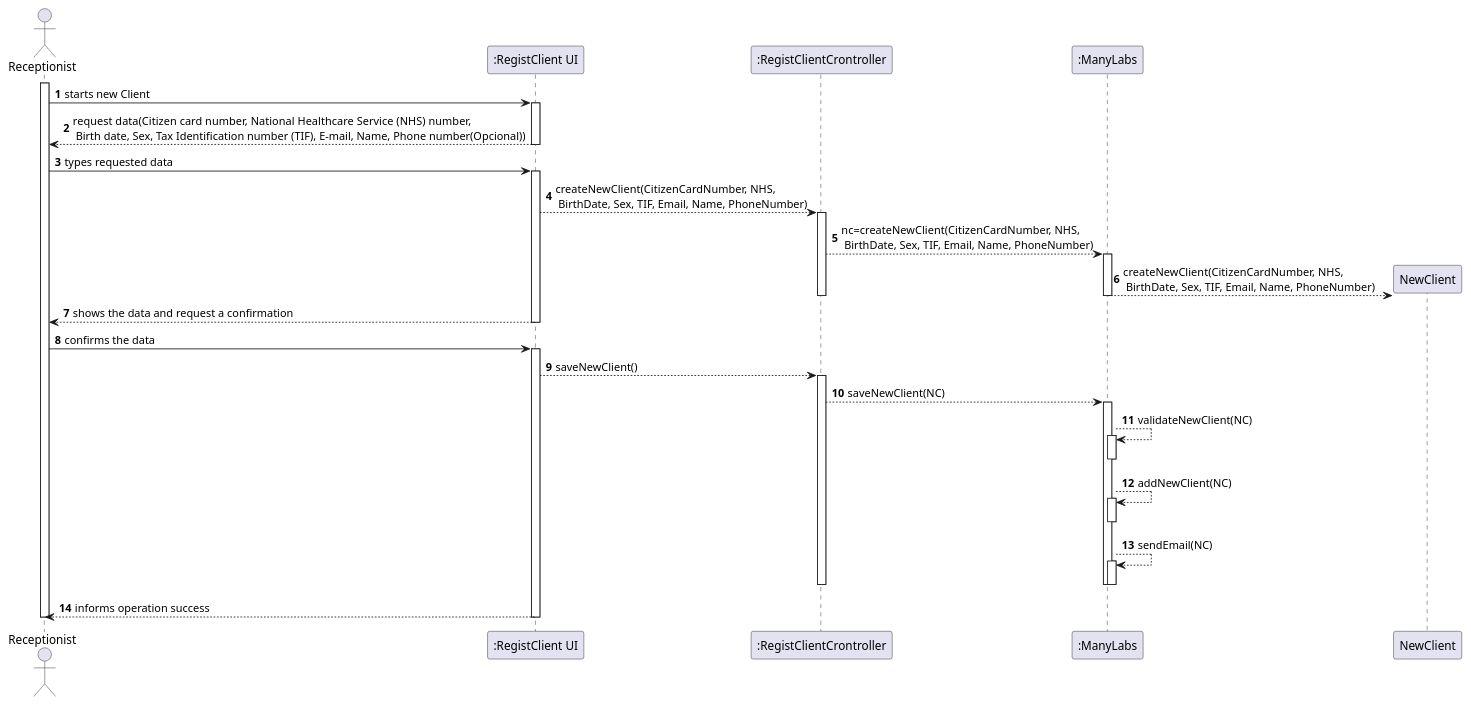
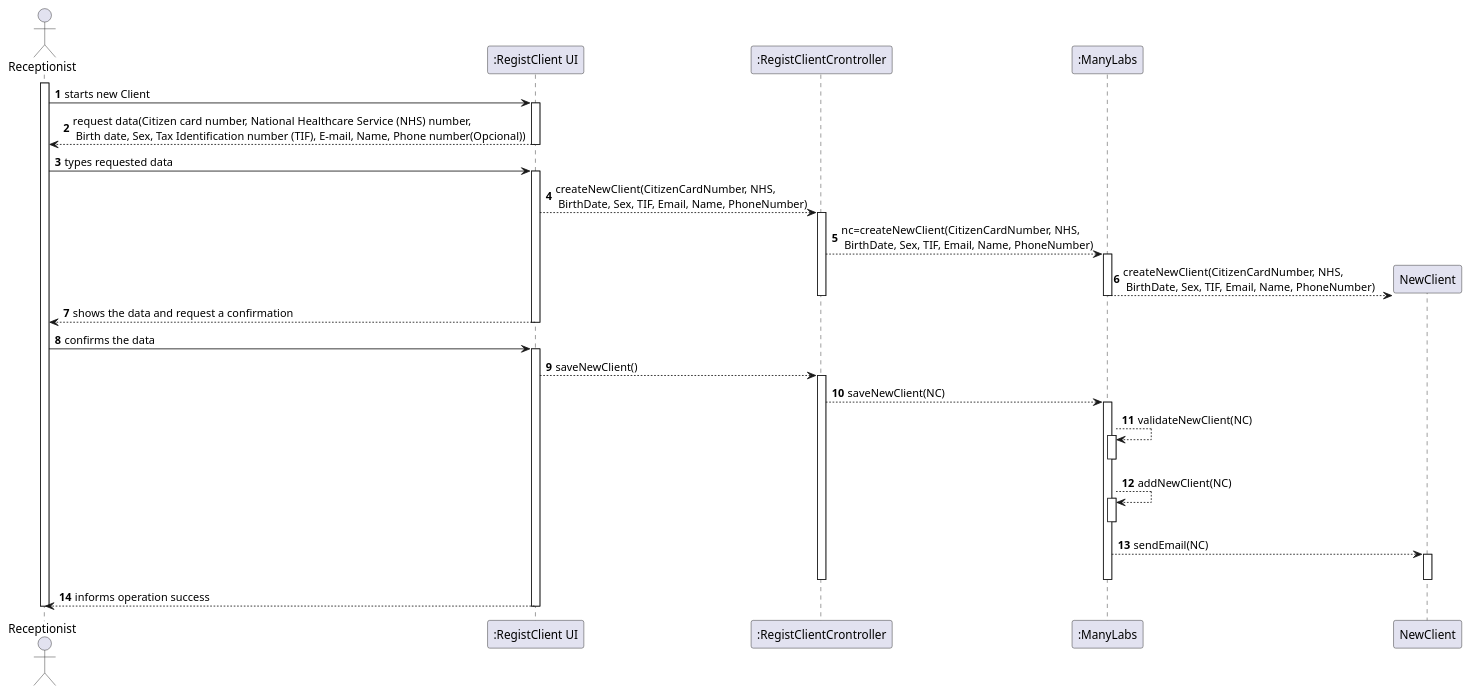
Before and after one commit to Pedromaia26/LAPR2-ISEP: the diagram in docs/SprintB/US3_RegisterClient/US003_SD.puml, drawn with PlantUML.

Commit message:
puml sd small edit

```diff
--- a/docs/SprintB/US3_RegisterClient/US003_SD.puml
+++ b/docs/SprintB/US3_RegisterClient/US003_SD.puml
@@ -1,53 +1,53 @@
 @startuml
 actor Receptionist as Adm
 participant ":RegistClient UI" as System
 participant ":RegistClientCrontroller" as RCC
 participant ":ManyLabs" as ML
 
 
 
 autonumber
 activate Adm
 Adm -> System: starts new Client
 activate System
 System --> Adm: request data(Citizen card number, National Healthcare Service (NHS) number,\n Birth date, Sex, Tax Identification number (TIF), E-mail, Name, Phone number(Opcional))
 deactivate System
 
 
 
 
 Adm -> System: types requested data
 activate System
 System-->RCC: createNewClient(CitizenCardNumber, NHS,\n BirthDate, Sex, TIF, Email, Name, PhoneNumber)
 activate RCC
 RCC-->ML: nc=createNewClient(CitizenCardNumber, NHS,\n BirthDate, Sex, TIF, Email, Name, PhoneNumber)
 activate ML
 create "NewClient" as NC
 ML-->NC: createNewClient(CitizenCardNumber, NHS,\n BirthDate, Sex, TIF, Email, Name, PhoneNumber) 
 deactivate ML
 deactivate RCC
 System --> Adm: shows the data and request a confirmation
 deactivate System
 
 
 Adm -> System: confirms the data
 activate System
 System-->RCC: saveNewClient()
 activate RCC
 RCC-->ML:saveNewClient(NC)
 activate ML
 ML-->ML:validateNewClient(NC)
 activate ML
 deactivate ML
 ML-->ML:addNewClient(NC)
 activate ML
 deactivate ML
-ML-->ML:sendEmail(NC)
-activate ML
-deactivate ML
+ML-->NC:sendEmail(NC)
+activate NC
+deactivate NC
 deactivate ML
 deactivate RCC
 System --> Adm: informs operation success
 deactivate System
 deactivate Adm
 @enduml
```
